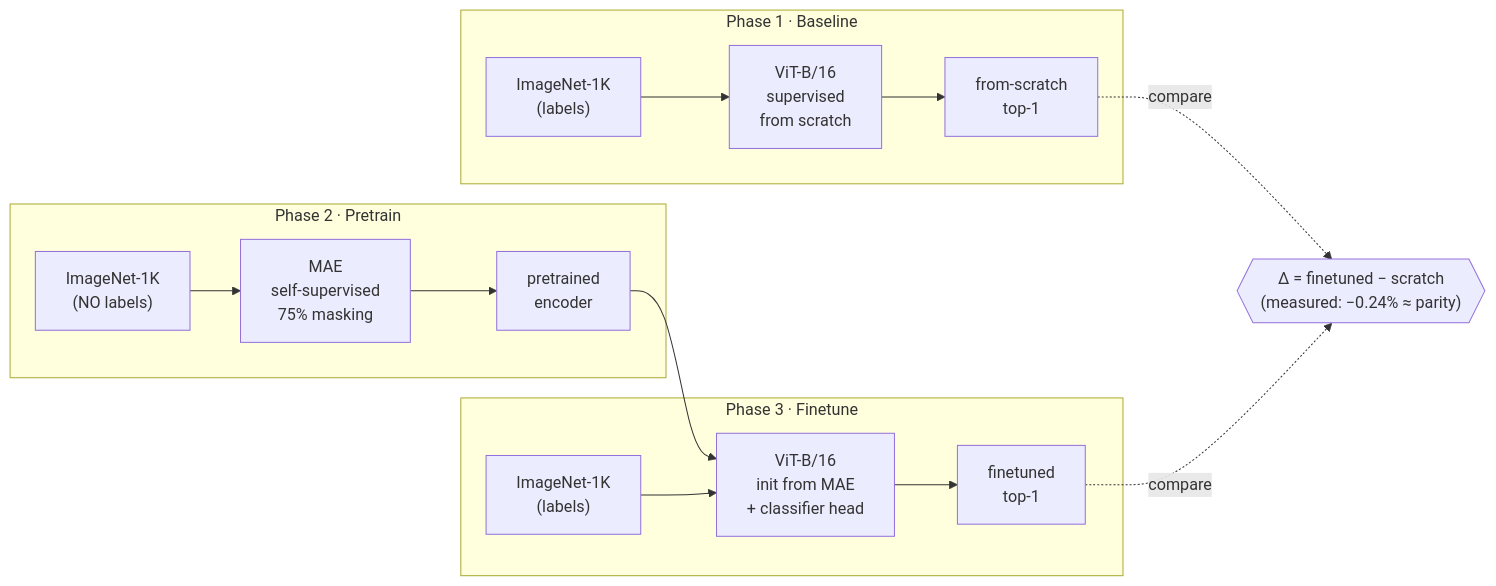
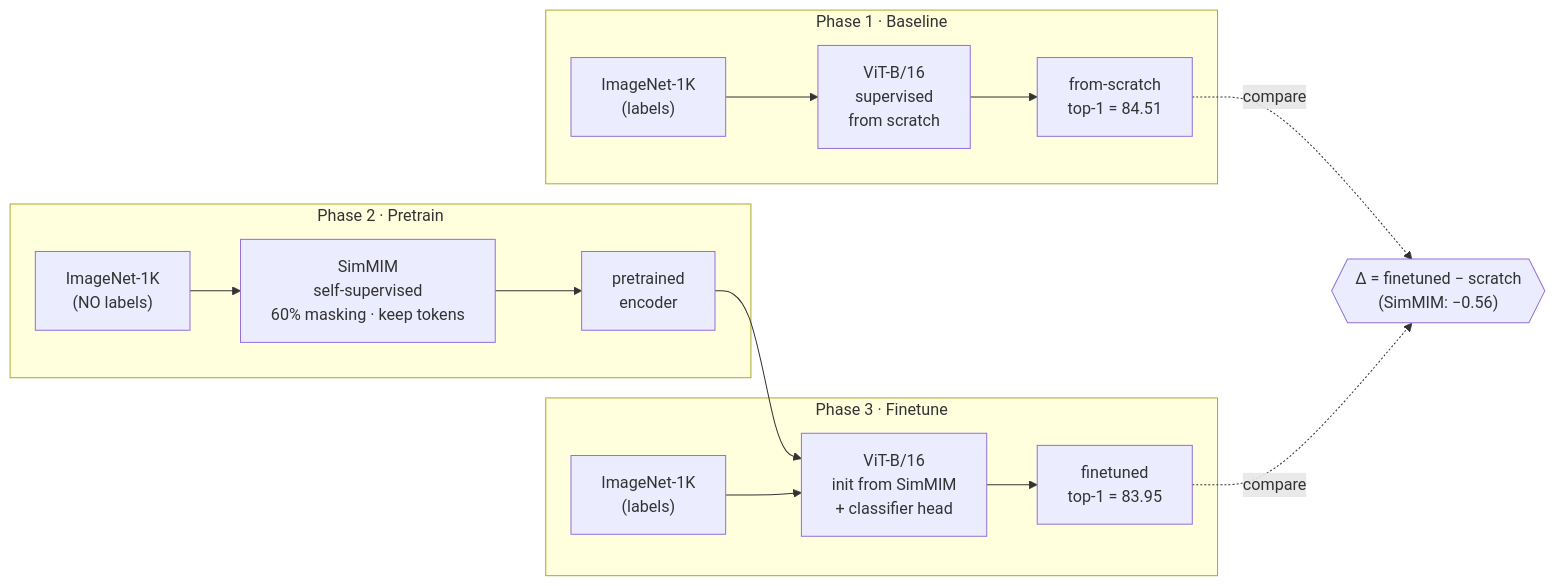
One commit to MokshitSama/mae-from-scratch-imagenet changed the second of 4 diagrams in README.md. Above: the diagram before and after it, drawn with Mermaid. The commit also changed other lines of this file and 7 other files, not shown here.

Commit message:
SimMIM: model + training + finetune (83.95); MIM-comparison README, reconstructions, cost/params & linear-probe analysis

````diff
--- a/README.md
+++ b/README.md
@@ -11,18 +53,18 @@
 ```mermaid
 flowchart LR
     subgraph P1["Phase 1 · Baseline"]
         A["ImageNet-1K<br/>(labels)"] --> B["ViT-B/16<br/>supervised<br/>from scratch"]
-        B --> C["from-scratch<br/>top-1"]
+        B --> C["from-scratch<br/>top-1 = 84.51"]
     end
     subgraph P2["Phase 2 · Pretrain"]
-        D["ImageNet-1K<br/>(NO labels)"] --> E["MAE<br/>self-supervised<br/>75% masking"]
+        D["ImageNet-1K<br/>(NO labels)"] --> E["SimMIM<br/>self-supervised<br/>60% masking · keep tokens"]
         E --> F["pretrained<br/>encoder"]
     end
     subgraph P3["Phase 3 · Finetune"]
-        F --> G["ViT-B/16<br/>init from MAE<br/>+ classifier head"]
+        F --> G["ViT-B/16<br/>init from SimMIM<br/>+ classifier head"]
         A2["ImageNet-1K<br/>(labels)"] --> G
-        G --> H["finetuned<br/>top-1"]
+        G --> H["finetuned<br/>top-1 = 83.95"]
     end
-    C -.compare.-> RES{{"Δ = finetuned − scratch<br/>(measured: −0.24% ≈ parity)"}}
+    C -.compare.-> RES{{"Δ = finetuned − scratch<br/>(SimMIM: −0.56)"}}
     H -.compare.-> RES
 ```
````
